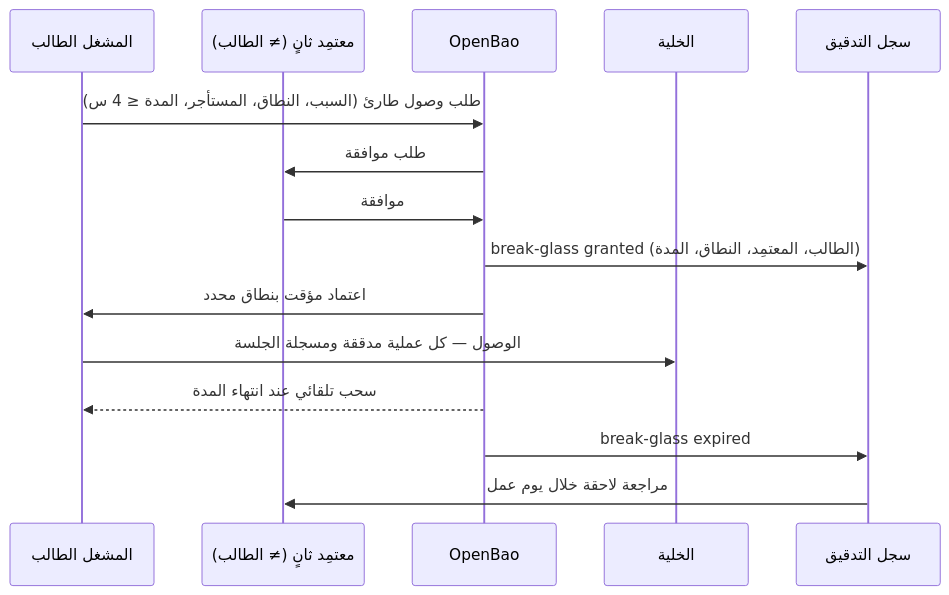
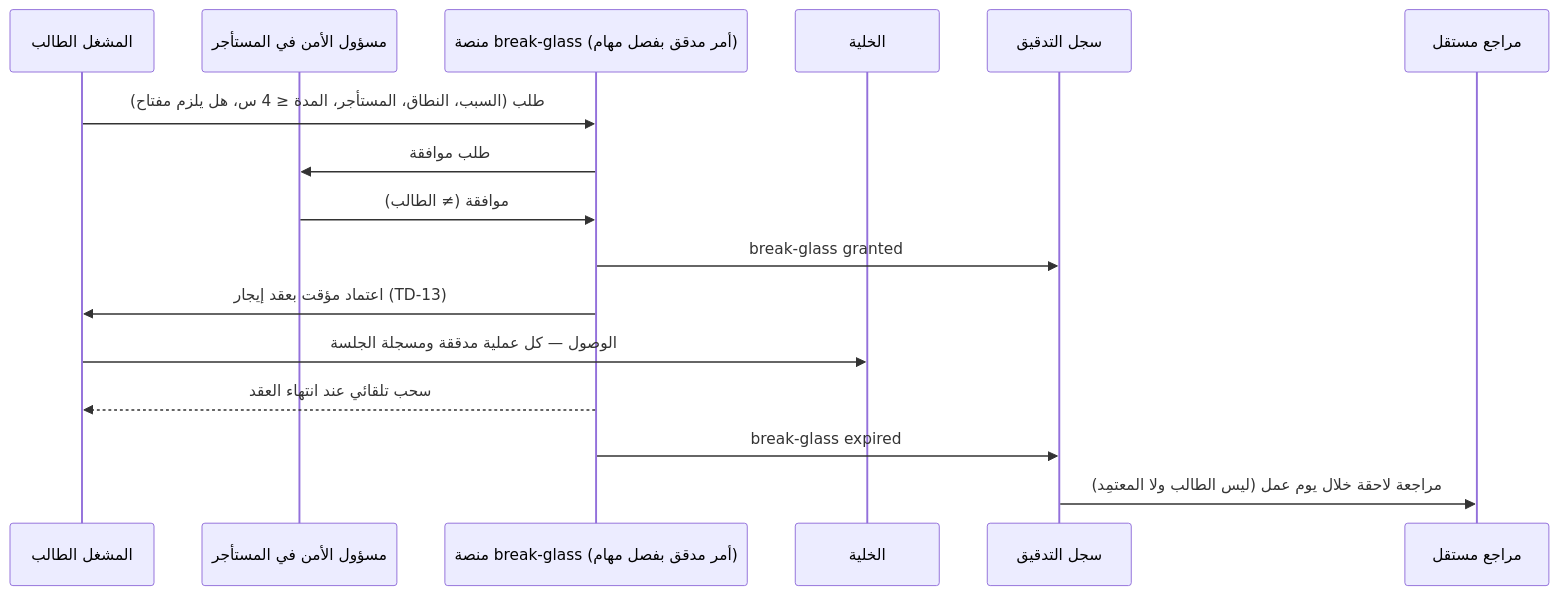
Before and after one commit to Ayoubkhattab/Planing: the third of 3 diagrams in spec/18-analysis-design/22-deployment-design.md, drawn with Mermaid. The commit also changed other lines of this file and 9 other files, not shown here.

````diff
--- a/spec/18-analysis-design/22-deployment-design.md
+++ b/spec/18-analysis-design/22-deployment-design.md
@@ -203,17 +208,18 @@
 ```mermaid
 sequenceDiagram
   participant R as المشغل الطالب
-  participant A as معتمِد ثانٍ (≠ الطالب)
-  participant B as OpenBao
+  participant T as مسؤول الأمن في المستأجر
+  participant P as منصة break-glass (أمر مدقق بفصل مهام)
   participant C as الخلية
   participant AU as سجل التدقيق
-  R->>B: طلب وصول طارئ (السبب، النطاق، المستأجر، المدة ≤ 4 س)
-  B->>A: طلب موافقة
-  A->>B: موافقة
-  B->>AU: break-glass granted (الطالب، المعتمِد، النطاق، المدة)
-  B->>R: اعتماد مؤقت بنطاق محدد
+  participant IR as مراجع مستقل
+  R->>P: طلب (السبب، النطاق، المستأجر، المدة ≤ 4 س، هل يلزم مفتاح)
+  P->>T: طلب موافقة
+  T->>P: موافقة (≠ الطالب)
+  P->>AU: break-glass granted
+  P->>R: اعتماد مؤقت بعقد إيجار (TD-13)
   R->>C: الوصول — كل عملية مدققة ومسجلة الجلسة
-  B-->>R: سحب تلقائي عند انتهاء المدة
-  B->>AU: break-glass expired
-  AU->>A: مراجعة لاحقة خلال يوم عمل
+  P-->>R: سحب تلقائي عند انتهاء العقد
+  P->>AU: break-glass expired
+  AU->>IR: مراجعة لاحقة خلال يوم عمل (ليس الطالب ولا المعتمِد)
 ```
````
